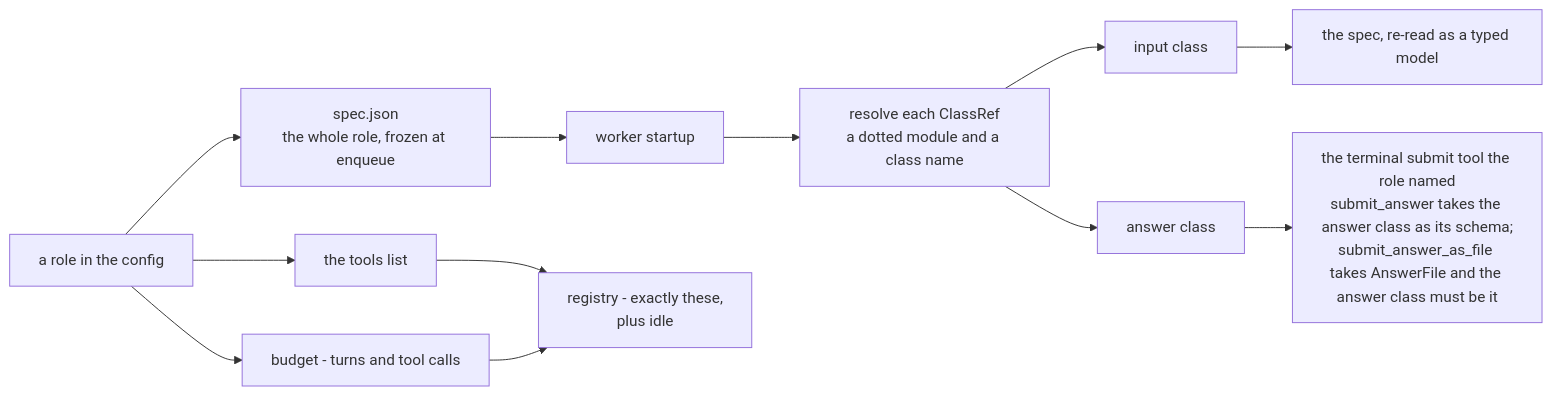
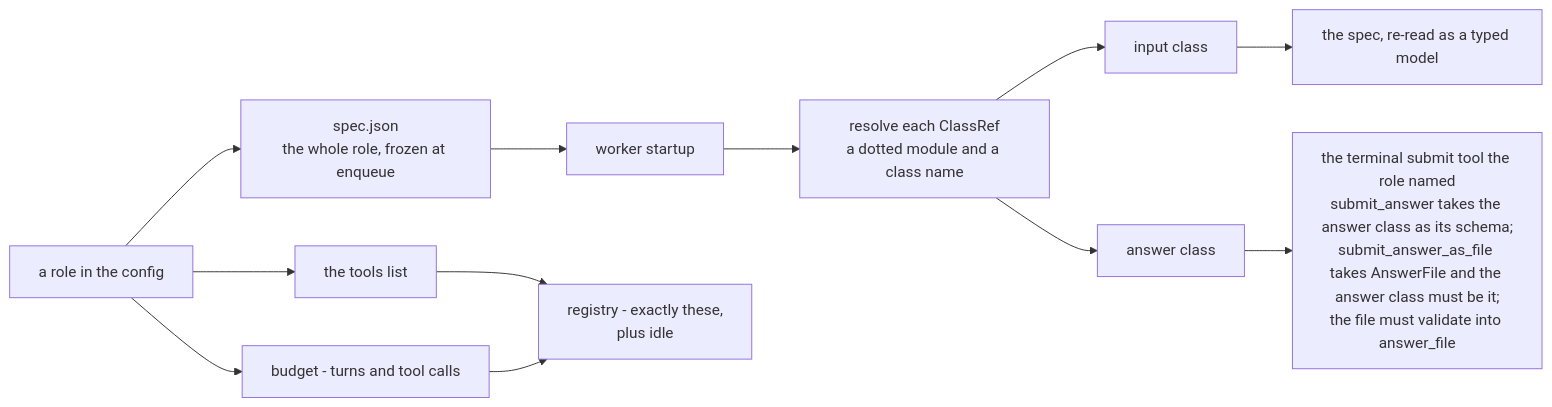
One commit to avishek-sen-gupta/ancalagon changed the third of 8 diagrams in README.md. Above: the diagram before and after it, drawn with Mermaid. The commit also changed other lines of this file and 23 other files, not shown here.

Commit message:
Validate an answer file into the class its role names

````diff
--- a/README.md
+++ b/README.md
@@ -205,14 +205,14 @@
 ```mermaid
 flowchart LR
     role["a role in the config"] --> spec["spec.json<br/>the whole role, frozen at enqueue"]
     spec --> worker["worker startup"]
     worker --> resolve["resolve each ClassRef<br/>a dotted module and a class name"]
     resolve --> inc["input class"]
     resolve --> outc["answer class"]
     inc --> agentspec["the spec, re-read as a typed model"]
-    outc --> submit["the terminal submit tool the role named<br/>submit_answer takes the answer class as its schema;<br/>submit_answer_as_file takes AnswerFile and the answer class must be it"]
+    outc --> submit["the terminal submit tool the role named<br/>submit_answer takes the answer class as its schema;<br/>submit_answer_as_file takes AnswerFile and the answer class must be it;<br/>the file must validate into answer_file"]
     role --> tl["the tools list"]
     tl --> registry["registry - exactly these,<br/>plus idle"]
     role --> b["budget - turns and tool calls"]
     b --> registry
 ```
````
